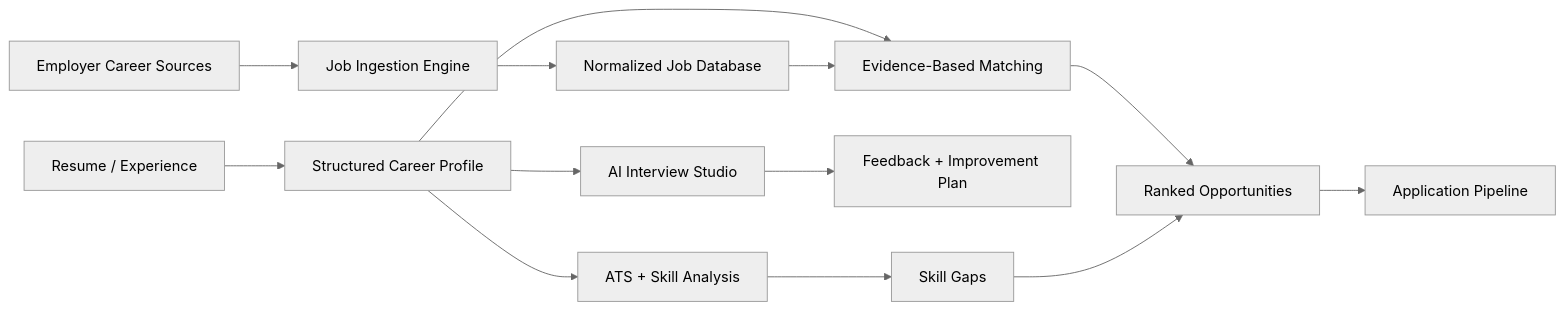
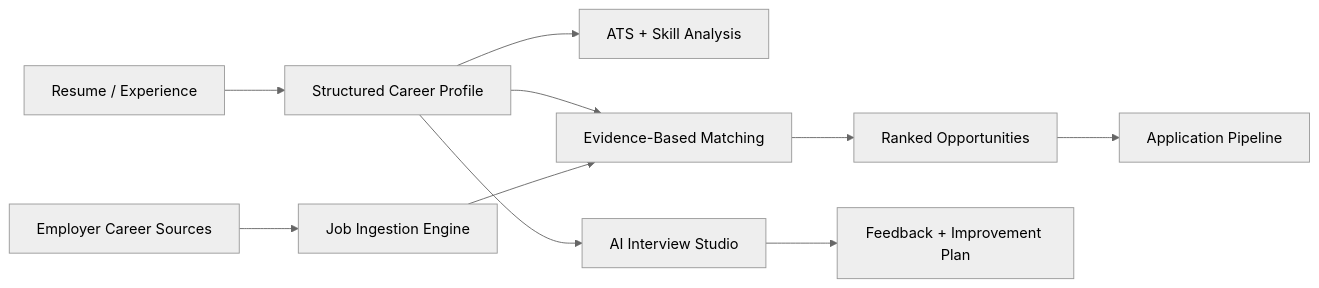
The diagram in README.md (fcopensource/carrerfitnew), drawn with Mermaid (neutral theme) before and after one commit. The commit also changed other lines of this file, not shown here.

````diff
--- a/README.md
+++ b/README.md
@@ -39,19 +37,12 @@
 ```mermaid
 flowchart LR
     A[Resume / Experience] --> B[Structured Career Profile]
     B --> C[ATS + Skill Analysis]
     B --> D[Evidence-Based Matching]
-
     E[Employer Career Sources] --> F[Job Ingestion Engine]
-    F --> G[Normalized Job Database]
-    G --> D
-
-    D --> H[Ranked Opportunities]
-    H --> I[Application Pipeline]
-
-    B --> J[AI Interview Studio]
-    J --> K[Feedback + Improvement Plan]
-
-    C --> L[Skill Gaps]
-    L --> H
+    F --> D
+    D --> G[Ranked Opportunities]
+    G --> H[Application Pipeline]
+    B --> I[AI Interview Studio]
+    I --> J[Feedback + Improvement Plan]
 ```
````
